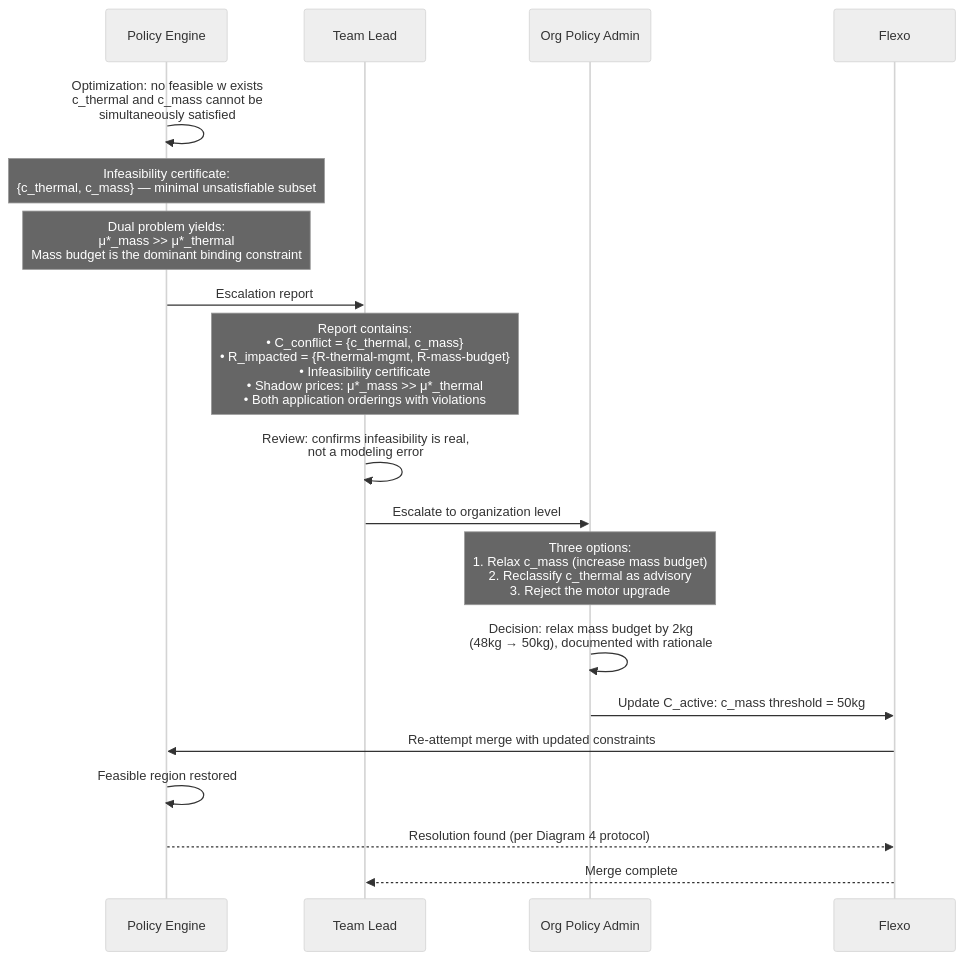
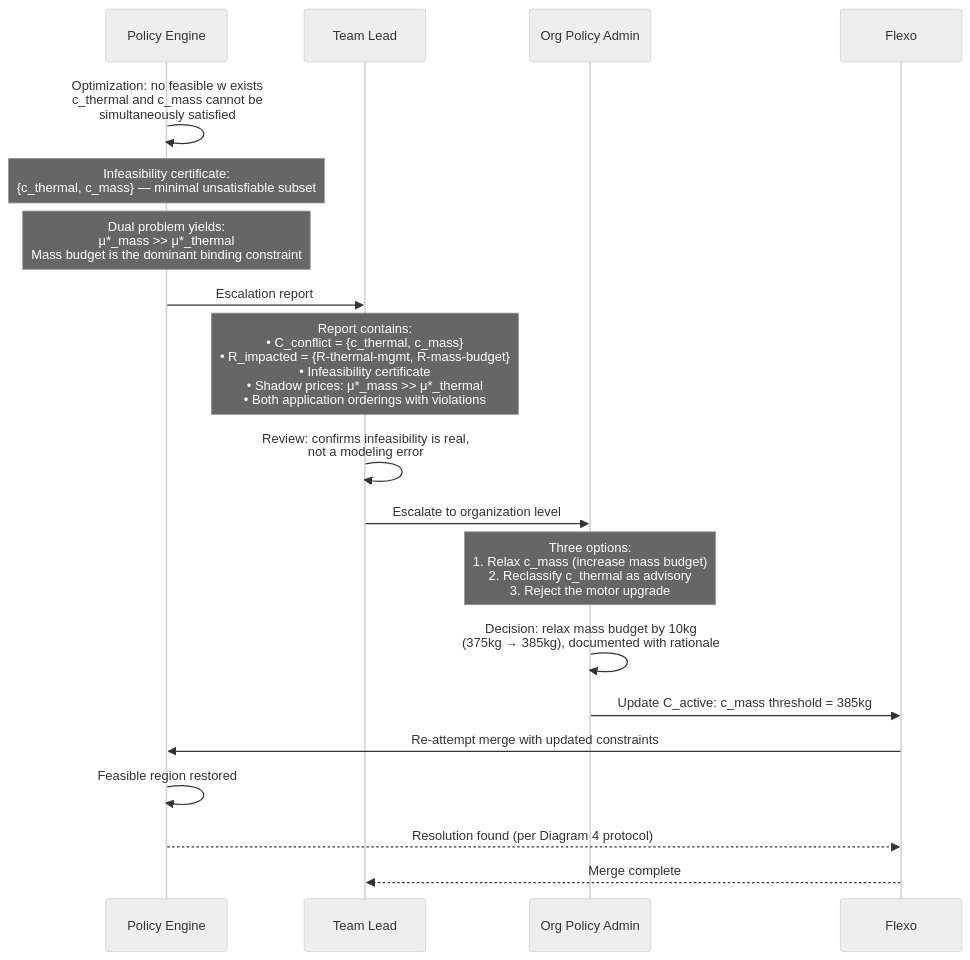
One commit to mzargham/flexo-conflict-resolution-policy-research changed the sixth of 6 diagrams in A Policy-based Approach to Model Lifecycle Management with Flexo.md. Above: the diagram before and after it, drawn with Mermaid (neutral theme). The commit also changed other lines of this file, not shown here.

````diff
--- a/A Policy-based Approach to Model Lifecycle Management with Flexo.md
+++ b/A Policy-based Approach to Model Lifecycle Management with Flexo.md
@@ -292,31 +292,31 @@
 ```mermaid
 sequenceDiagram
     participant PE as Policy Engine
     participant TL as Team Lead
     participant OA as Org Policy Admin
     participant F as Flexo
 
     PE->>PE: Optimization: no feasible w exists<br/>c_thermal and c_mass cannot be<br/>simultaneously satisfied
 
     Note over PE: Infeasibility certificate:<br/>{c_thermal, c_mass} — minimal unsatisfiable subset
 
     Note over PE: Dual problem yields:<br/>μ*_mass >> μ*_thermal<br/>Mass budget is the dominant binding constraint
 
     PE->>TL: Escalation report
     Note over TL: Report contains:<br/>• C_conflict = {c_thermal, c_mass}<br/>• R_impacted = {R-thermal-mgmt, R-mass-budget}<br/>• Infeasibility certificate<br/>• Shadow prices: μ*_mass >> μ*_thermal<br/>• Both application orderings with violations
 
     TL->>TL: Review: confirms infeasibility is real,<br/>not a modeling error
 
     TL->>OA: Escalate to organization level
 
     Note over OA: Three options:<br/>1. Relax c_mass (increase mass budget)<br/>2. Reclassify c_thermal as advisory<br/>3. Reject the motor upgrade
 
-    OA->>OA: Decision: relax mass budget by 2kg<br/>(48kg → 50kg), documented with rationale
+    OA->>OA: Decision: relax mass budget by 10kg<br/>(375kg → 385kg), documented with rationale
 
-    OA->>F: Update C_active: c_mass threshold = 50kg
+    OA->>F: Update C_active: c_mass threshold = 385kg
 
     F->>PE: Re-attempt merge with updated constraints
     PE->>PE: Feasible region restored
     PE-->>F: Resolution found (per Diagram 4 protocol)
     F-->>TL: Merge complete
 ```
````
